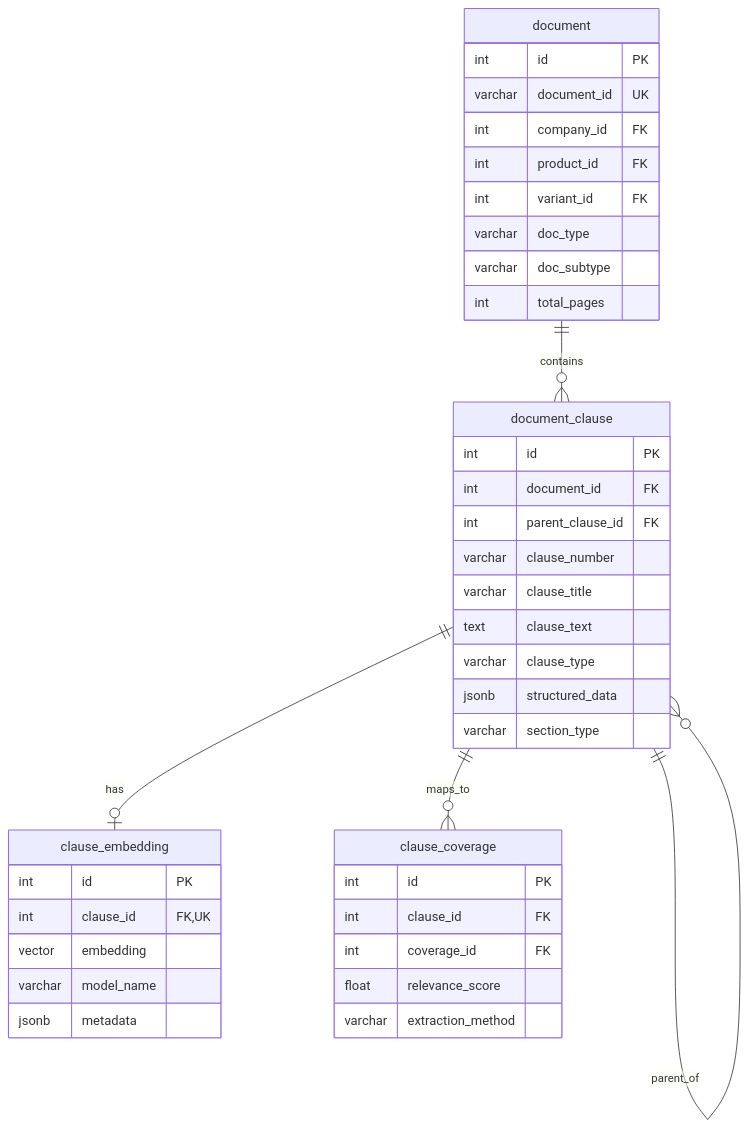
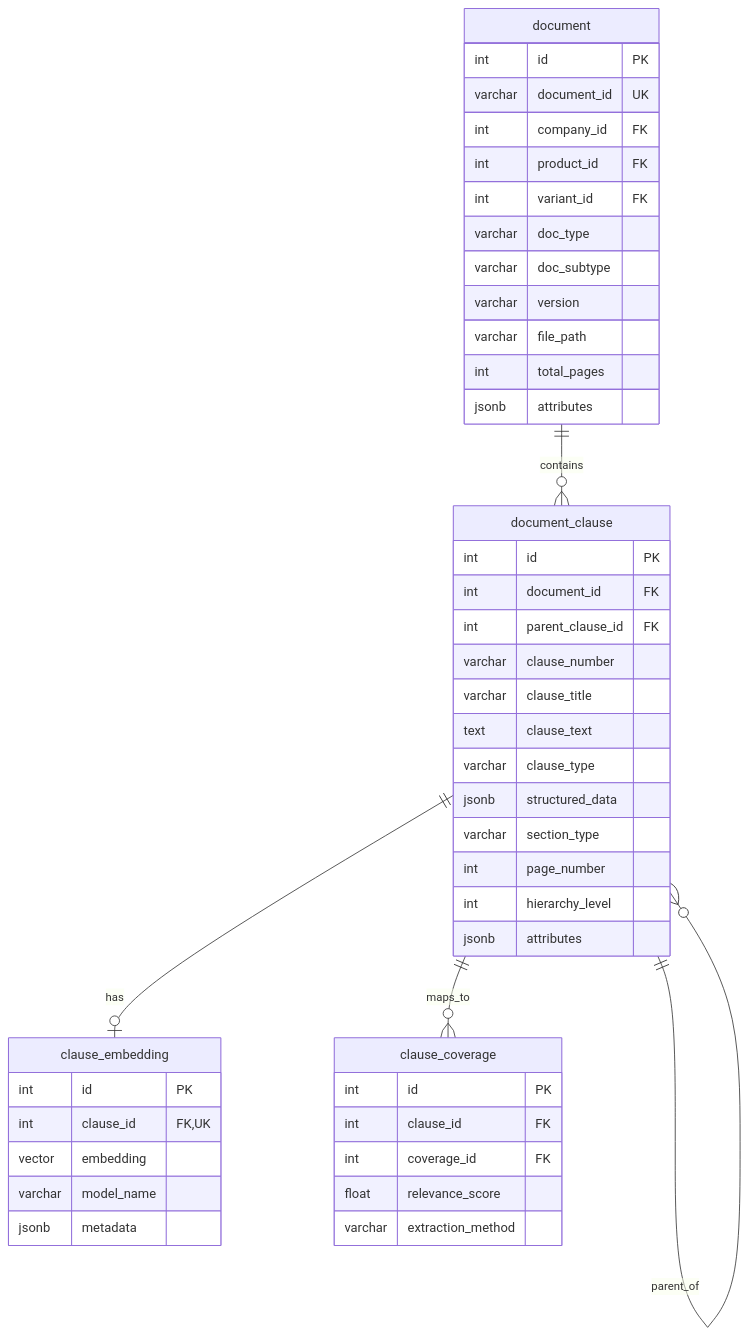
Before and after one commit to jason-dio-so/insurance-ontology-v3: the fourth of 5 diagrams in db_refactoring/docs/ER_DIAGRAM.md, drawn with Mermaid. The commit also changed other lines of this file and 1 other file, not shown here.

First line of the commit message:
docs: Sync ER_DIAGRAM.md and GRAPH_SCHEMA.md with actual schema

````diff
--- a/db_refactoring/docs/ER_DIAGRAM.md
+++ b/db_refactoring/docs/ER_DIAGRAM.md
@@ -160,46 +178,52 @@
 ```mermaid
 erDiagram
     document {
         int id PK
         varchar document_id UK
         int company_id FK
         int product_id FK
         int variant_id FK
         varchar doc_type
         varchar doc_subtype
+        varchar version
+        varchar file_path
         int total_pages
+        jsonb attributes
     }
 
     document_clause {
         int id PK
         int document_id FK
         int parent_clause_id FK
         varchar clause_number
         varchar clause_title
         text clause_text
         varchar clause_type
         jsonb structured_data
         varchar section_type
+        int page_number
+        int hierarchy_level
+        jsonb attributes
     }
 
     clause_embedding {
         int id PK
         int clause_id FK,UK
         vector embedding
         varchar model_name
         jsonb metadata
     }
 
     clause_coverage {
         int id PK
         int clause_id FK
         int coverage_id FK
         float relevance_score
         varchar extraction_method
     }
 
     document ||--o{ document_clause : "contains"
     document_clause ||--o{ document_clause : "parent_of"
     document_clause ||--o| clause_embedding : "has"
     document_clause ||--o{ clause_coverage : "maps_to"
 ```
````
